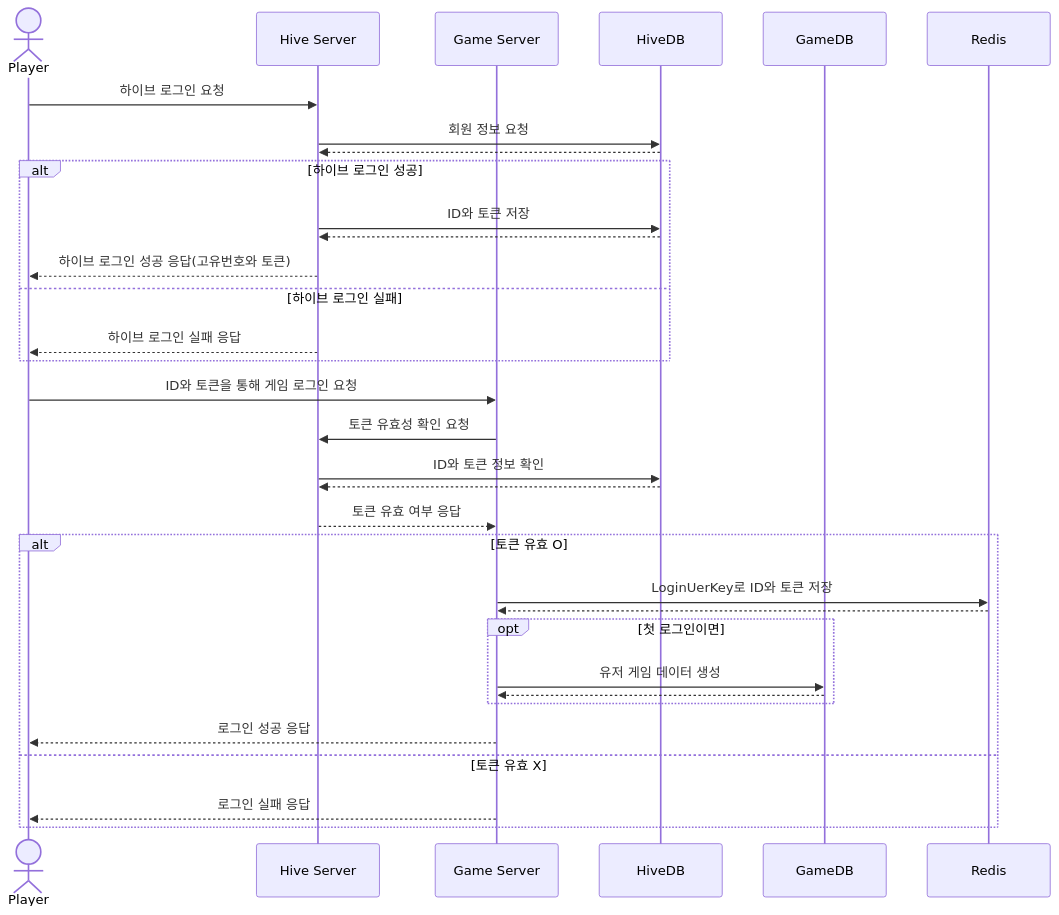
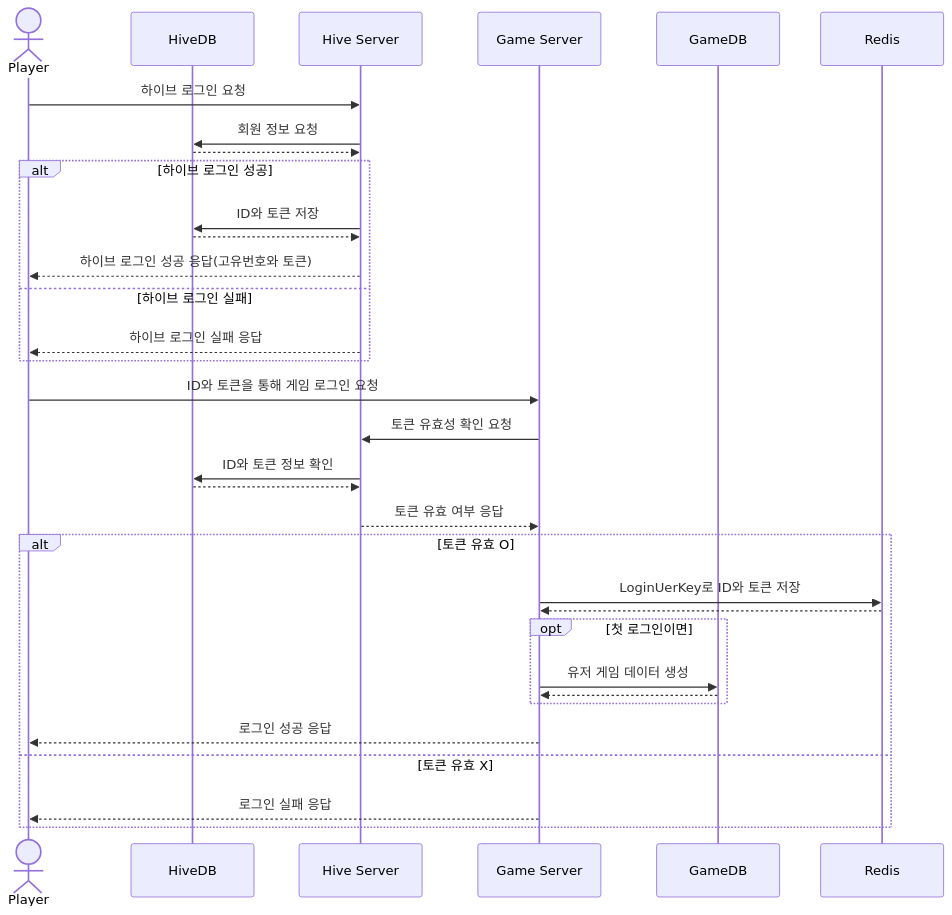
Before and after one commit to yujinS0/Omok-Game: the second of 2 diagrams in SequenceDiagram/Register-Login.md, drawn with Mermaid. The commit also changed other lines of this file, not shown here.

````diff
--- a/SequenceDiagram/Register-Login.md
+++ b/SequenceDiagram/Register-Login.md
@@ -23,47 +23,47 @@
 ```mermaid
 sequenceDiagram
 	actor P as Player
+	participant HD as HiveDB
 	participant H as Hive Server
 	participant G as Game Server
-	participant HD as HiveDB
 	participant GD as GameDB
 	participant R as Redis
 	
 	P ->> H: 하이브 로그인 요청
   	H ->> HD : 회원 정보 요청
   	HD -->> H : 
 
 	alt 하이브 로그인 성공
 		H ->> HD : ID와 토큰 저장
 		HD -->> H : 
 		H -->> P : 하이브 로그인 성공 응답(고유번호와 토큰) 
 	else 하이브 로그인 실패
 		H -->> P : 하이브 로그인 실패 응답
 	end
 
 	P ->> G : ID와 토큰을 통해 게임 로그인 요청
 	G ->> H : 토큰 유효성 확인 요청
 	H ->> HD : ID와 토큰 정보 확인
 	HD -->> H :  
 	H -->> G : 토큰 유효 여부 응답
 
 	alt 토큰 유효 O
 		G ->> R : LoginUerKey로 ID와 토큰 저장
 	  	R -->> G :  
 
 		opt 첫 로그인이면
 			G ->> GD : 유저 게임 데이터 생성
 			GD -->> G :  
 		end
 		G -->> P : 로그인 성공 응답
 	else 토큰 유효 X
 		G -->> P : 로그인 실패 응답
 	end
 
 
 
 
 
 
 
 ```
````
